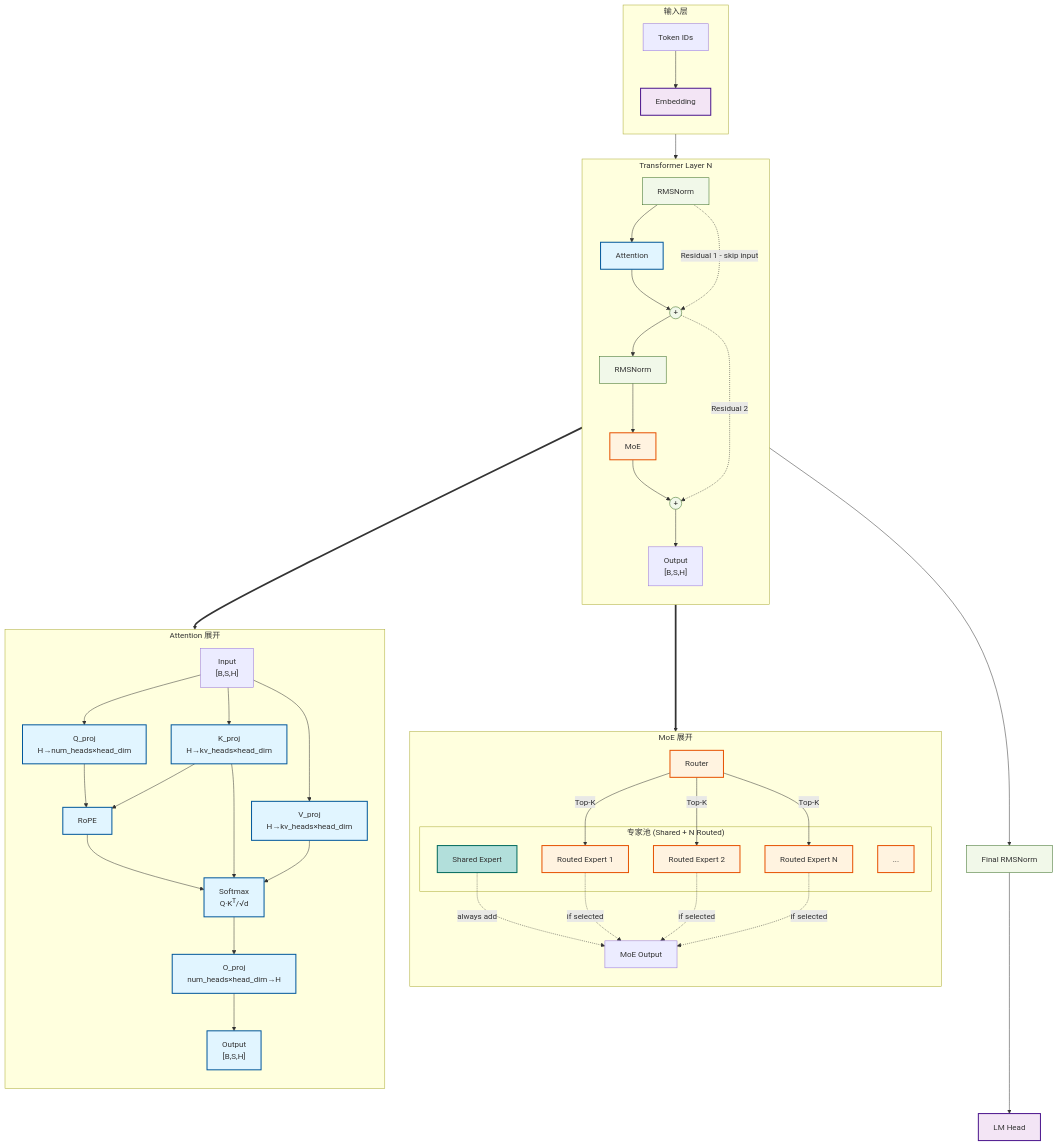
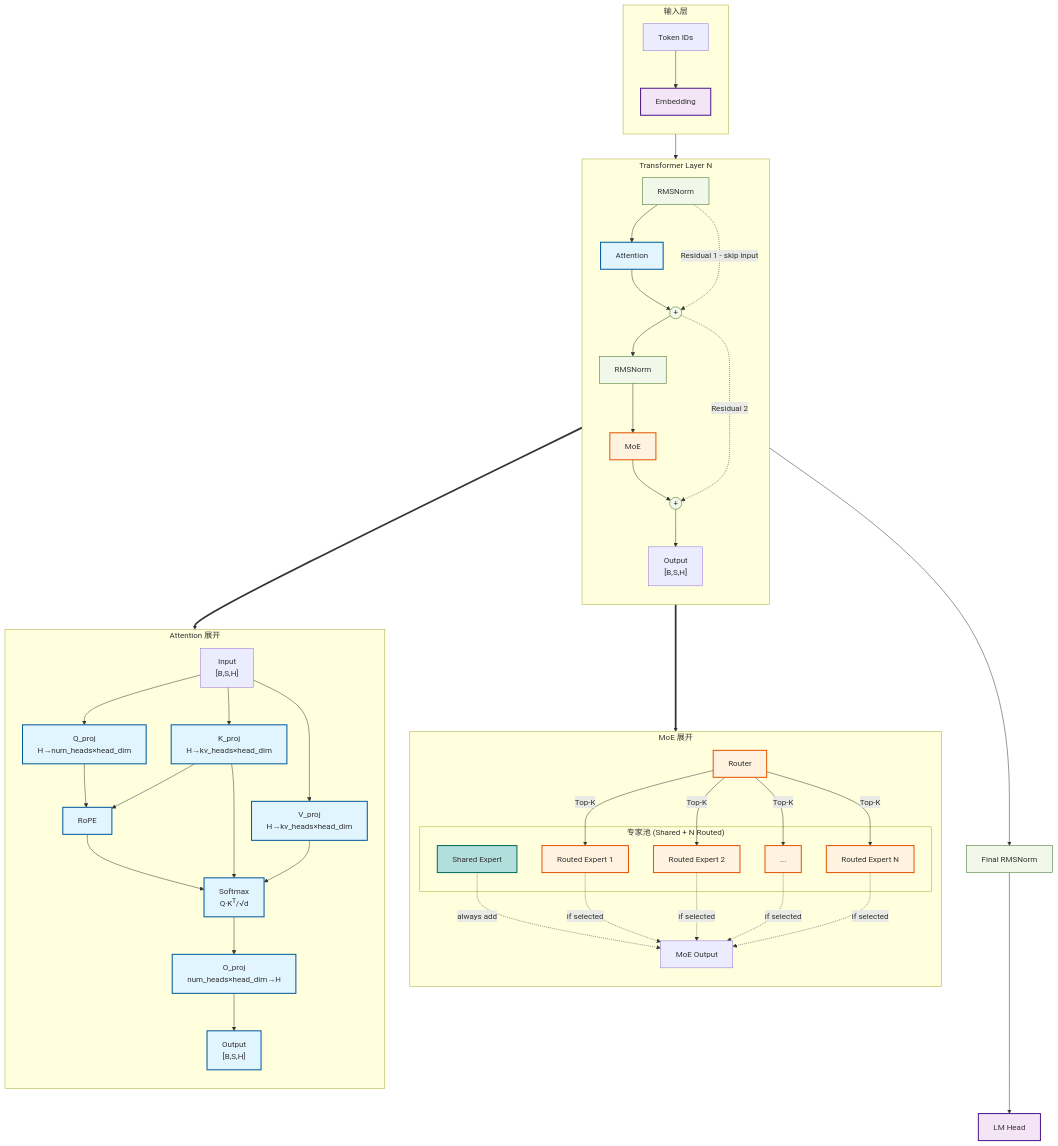
The first of 2 diagrams in llm_arch_generator/SKILL.md (kevinoldching/agent-skills), drawn with Mermaid before and after one commit.

Commit message:
fix(SKILL.md): correct MoE expert pool routing - routed_x omitted between 2 and N
- Added router --> routed_x and routed_x -.-> MoE_out connections
- routed_x ("...") now properly represents intermediate experts between 2 and N

```diff
--- a/llm_arch_generator/SKILL.md
+++ b/llm_arch_generator/SKILL.md
@@ -254,10 +254,12 @@
 
         router --> |Top-K| routed_1
         router --> |Top-K| routed_2
+        router --> |Top-K| routed_x
         router --> |Top-K| routed_n
         shared -.-> |always add| MoE_out["MoE Output"]
         routed_1 -.-> |if selected| MoE_out
         routed_2 -.-> |if selected| MoE_out
+        routed_x -.-> |if selected| MoE_out
         routed_n -.-> |if selected| MoE_out
     end
 
```
